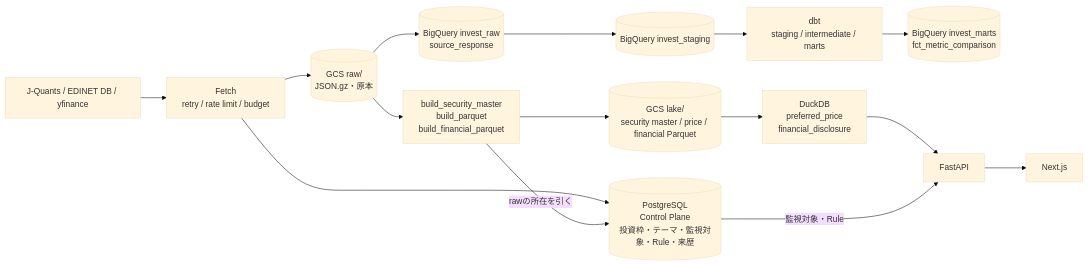
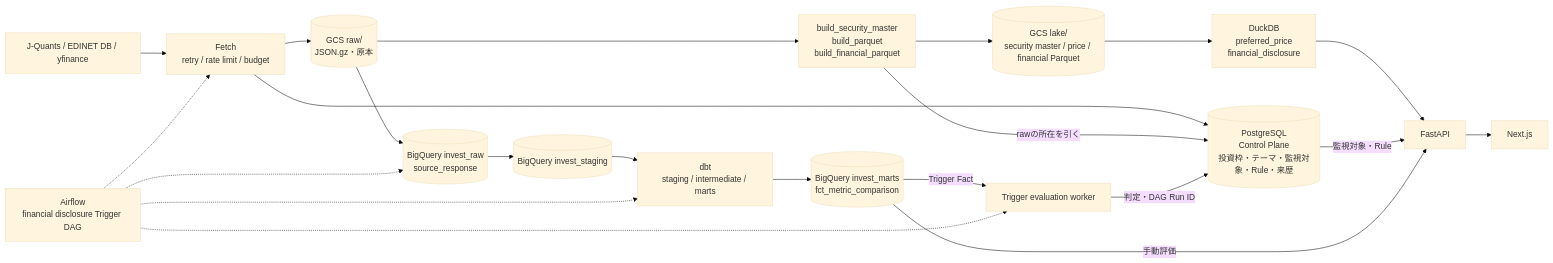
Before and after one commit to 3110mmn/invest-monitoring-platform: the first of 3 diagrams in docs/architecture.md, drawn with Mermaid (base theme). The commit also changed other lines of this file and 41 other files, not shown here.

First line of the commit message:
feat: publish trigger operations and Airflow orchestration snapshot

````diff
--- a/docs/architecture.md
+++ b/docs/architecture.md
@@ -20,23 +20,31 @@
 ```mermaid
 flowchart LR
     Sources["J-Quants / EDINET DB / yfinance"]
     Fetch["Fetch<br/>retry / rate limit / budget"]
     Raw[("GCS raw/<br/>JSON.gz・原本")]
     Build["build_security_master<br/>build_parquet<br/>build_financial_parquet"]
     Lake[("GCS lake/<br/>security master / price / financial Parquet")]
     Run[("PostgreSQL<br/>Control Plane<br/>投資枠・テーマ・監視対象・Rule・来歴")]
     Duck["DuckDB<br/>preferred_price<br/>financial_disclosure"]
     BQRaw[("BigQuery invest_raw<br/>source_response")]
     BQStg[("BigQuery invest_staging")]
     DBT["dbt<br/>staging / intermediate / marts"]
     Mart[("BigQuery invest_marts<br/>fct_metric_comparison")]
+    Airflow["Airflow<br/>financial disclosure Trigger DAG"]
+    TriggerEval["Trigger evaluation worker"]
     API["FastAPI"]
     Web["Next.js"]
 
     Sources --> Fetch --> Raw --> Build --> Lake --> Duck --> API
     Fetch --> Run
     Build -->|"rawの所在を引く"| Run
     Run -->|"監視対象・Rule"| API
     API --> Web
     Raw --> BQRaw --> BQStg --> DBT --> Mart
+    Mart -->|"Trigger Fact"| TriggerEval -->|"判定・DAG Run ID"| Run
+    Airflow -.-> Fetch
+    Airflow -.-> BQRaw
+    Airflow -.-> DBT
+    Airflow -.-> TriggerEval
+    Mart -->|"手動評価"| API
 ```
````
